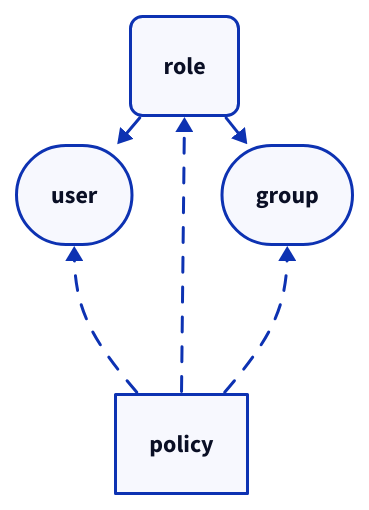
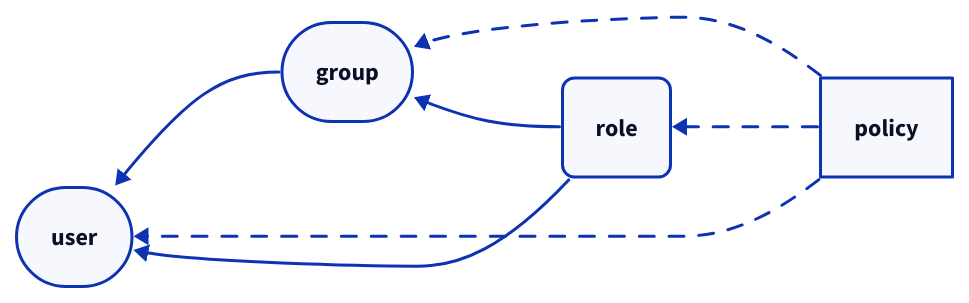
One commit to sakakibara-yuuki/blog_old changed the third of 3 diagrams in src/content/blog/cloud/aws/IAM.md. Above: the diagram before and after it, drawn with D2. The commit also changed other lines of this file and 2 other files, not shown here. The source asks for the TALA layout; these drawings use dagre instead.

````diff
--- a/src/content/blog/cloud/aws/IAM.md
+++ b/src/content/blog/cloud/aws/IAM.md
@@ -117,29 +138,24 @@
 ```d2
-vars: {
-  d2-config: {
-    layout-engine: tala
-  }
-}
 user: {
   style: {
     border-radius: 999
   }
 }
 group: {
   style: {
     border-radius: 999
   }
 }
 role: {
   style: {
     border-radius: 8
   }
-  near: top-center
 }
-direction: up
+group -> user
+direction: left
 policy -> user: {style.animated: true}
 policy -> group: {style.animated:true}
 policy -> role: {style.animated:true}
 role -> user
 role -> group
 ```
````
